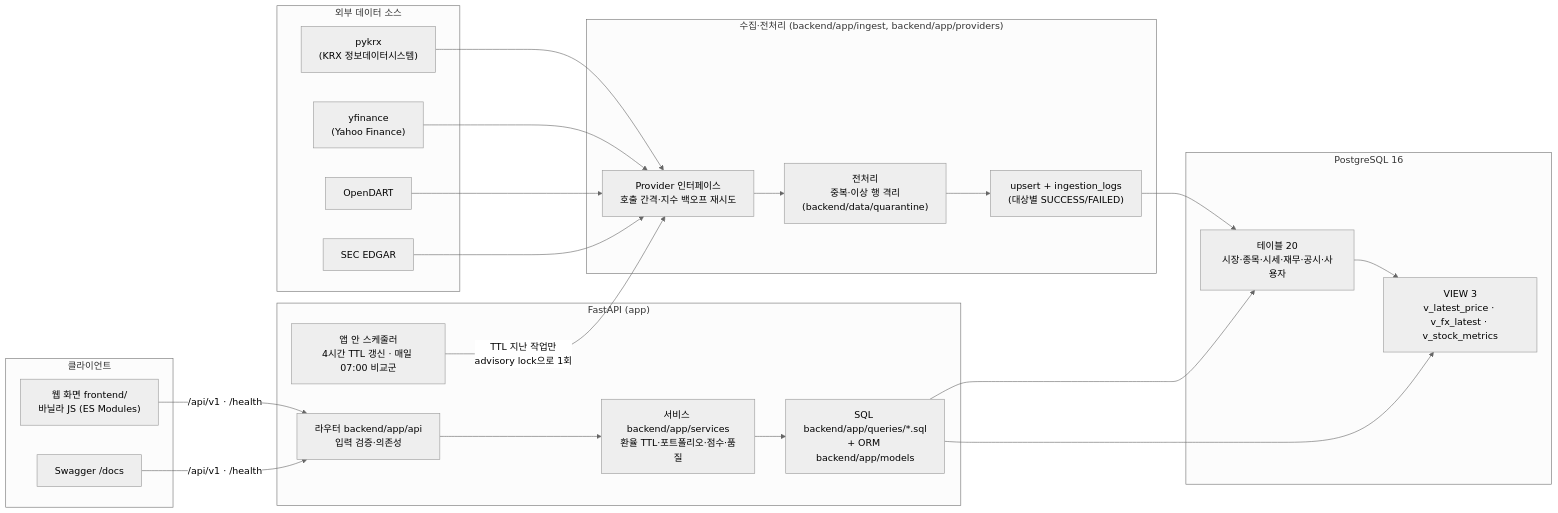
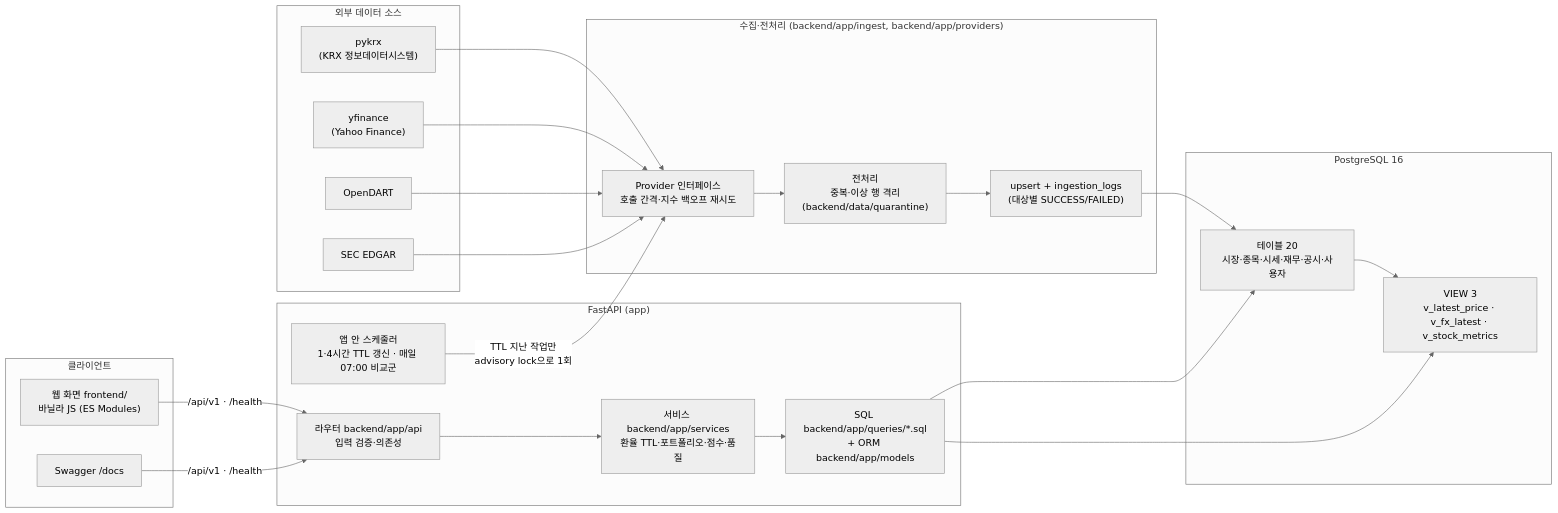
One commit to Hunseokc/ax_class_semiproject changed the first of 3 diagrams in 개발산출물/architecture.md. Above: the diagram before and after it, drawn with Mermaid (neutral theme). The commit also changed other lines of this file and 15 other files, not shown here.

````diff
--- a/개발산출물/architecture.md
+++ b/개발산출물/architecture.md
@@ -7,38 +7,38 @@
 ```mermaid
 flowchart LR
   subgraph EXT["외부 데이터 소스"]
     KRX["pykrx<br/>(KRX 정보데이터시스템)"]
     YF["yfinance<br/>(Yahoo Finance)"]
     DART["OpenDART"]
     SEC["SEC EDGAR"]
   end
 
   subgraph ING["수집·전처리 (backend/app/ingest, backend/app/providers)"]
     PROV["Provider 인터페이스<br/>호출 간격·지수 백오프 재시도"]
     PRE["전처리<br/>중복·이상 행 격리(backend/data/quarantine)"]
     STORE["upsert + ingestion_logs<br/>(대상별 SUCCESS/FAILED)"]
   end
 
   subgraph DB["PostgreSQL 16"]
     TBL["테이블 20<br/>시장·종목·시세·재무·공시·사용자"]
     VIEW["VIEW 3<br/>v_latest_price · v_fx_latest · v_stock_metrics"]
   end
 
   subgraph API["FastAPI (app)"]
     R["라우터 backend/app/api<br/>입력 검증·의존성"]
     SVC["서비스 backend/app/services<br/>환율 TTL·포트폴리오·점수·품질"]
     Q["SQL backend/app/queries/*.sql<br/>+ ORM backend/app/models"]
-    SCH["앱 안 스케줄러<br/>4시간 TTL 갱신 · 매일 07:00 비교군"]
+    SCH["앱 안 스케줄러<br/>1·4시간 TTL 갱신 · 매일 07:00 비교군"]
   end
 
   subgraph CLIENT["클라이언트"]
     WEB["웹 화면 frontend/<br/>바닐라 JS (ES Modules)"]
     SW["Swagger /docs"]
   end
 
   KRX & YF & DART & SEC --> PROV --> PRE --> STORE --> TBL
   TBL --> VIEW
   R --> SVC --> Q --> TBL & VIEW
   SCH -->|"TTL 지난 작업만<br/>advisory lock으로 1회"| PROV
   WEB & SW -->|"/api/v1 · /health"| R
 ```
````
